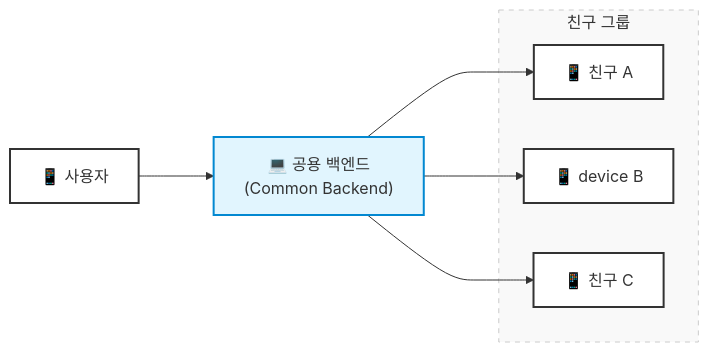
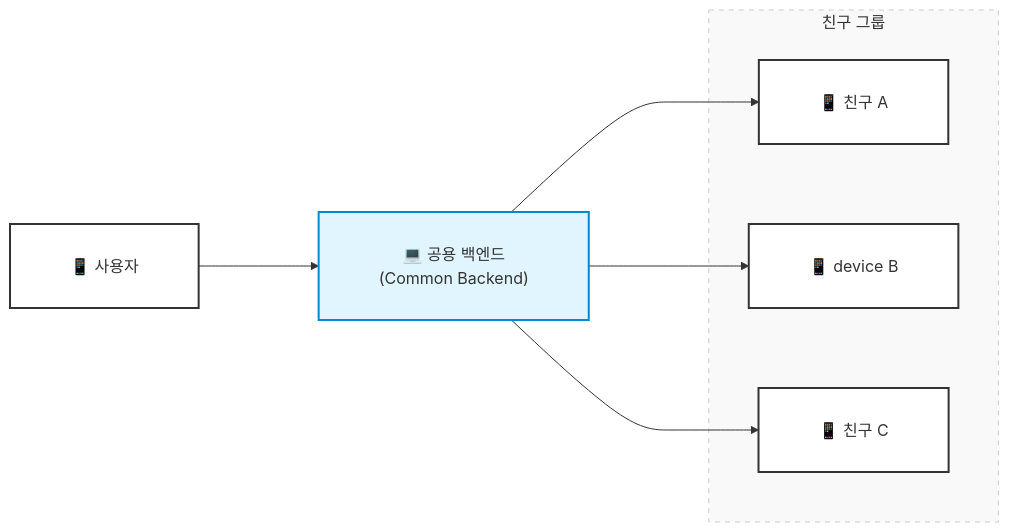
The second of 3 diagrams in _posts/2026-06-05-architecture-1.md (assu10/assu10.github.io), drawn with Mermaid before and after one commit. The commit also changed other lines of this file and 3 other files, not shown here.

First line of the commit message:
mermaid 이모지 텍스트 잘림 해결: 렌더링 후 viewBox 재조정

````diff
--- a/_posts/2026-06-05-architecture-1.md
+++ b/_posts/2026-06-05-architecture-1.md
@@ -154,29 +157,30 @@
 ```mermaid
+%%{init: {'flowchart': {'nodeSpacing': 80, 'rankSpacing': 80, 'padding': 30, 'htmlLabels': true}}}%%
 graph LR
-    %% 노드 스타일 정의
-    classDef device fill:#ffffff,stroke:#333333,stroke-width:2px,shape:rectangle;
-    classDef backend fill:#e1f5fe,stroke:#0288d1,stroke-width:2px;
+%% 노드 스타일 정의
+  classDef device fill:#ffffff,stroke:#333333,stroke-width:2px,shape:rectangle;
+  classDef backend fill:#e1f5fe,stroke:#0288d1,stroke-width:2px;
 
-    %% 노드 배치
-    User["📱 사용자"]:::device
-    
-    subgraph BackendBox [" "]
-        Backend["💻 공용 백엔드<br/>(Common Backend)"]:::backend
-    end
+%% 노드 배치
+  User["📱 사용자"]:::device
 
-    subgraph Friends ["친구 그룹"]
-        FriendA["📱 친구 A"]:::device
-        FriendB["📱 device B"]:::device
-        FriendC["📱 친구 C"]:::device
-    end
+subgraph BackendBox [" "]
+Backend["💻 공용 백엔드<br/>(Common Backend)"]:::backend
+end
 
-    %% 연결선
-    User --> Backend
-    Backend --> FriendA
-    Backend --> FriendB
-    Backend --> FriendC
+subgraph Friends ["친구 그룹"]
+FriendA["📱 친구 A"]:::device
+FriendB["📱 device B"]:::device
+FriendC["📱 친구 C"]:::device
+end
 
-    %% 서브그래프 스타일 (테두리 숨기기 등)
-    style BackendBox fill:none,stroke:none;
-    style Friends fill:#f9f9f9,stroke:#cccccc,stroke-dasharray: 5 5;
+%% 연결선
+User --> Backend
+Backend --> FriendA
+Backend --> FriendB
+Backend --> FriendC
+
+%% 서브그래프 스타일 (테두리 숨기기 등)
+style BackendBox fill:none,stroke:none;
+style Friends fill:#f9f9f9,stroke:#cccccc,stroke-dasharray: 5 5;
 ```
````
